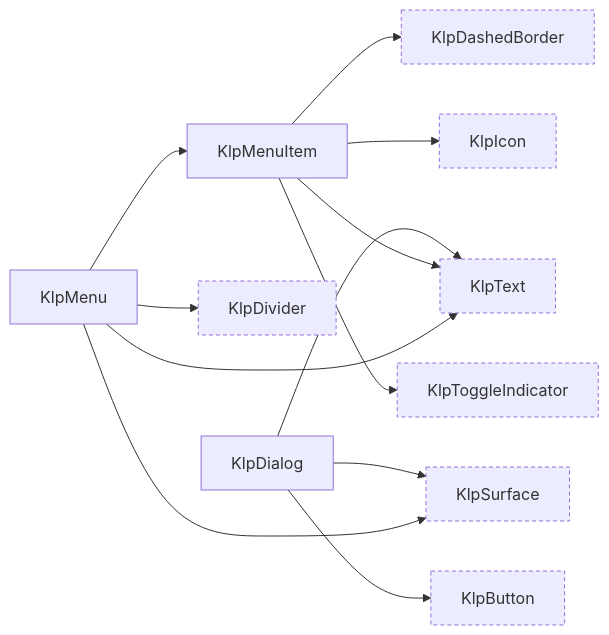
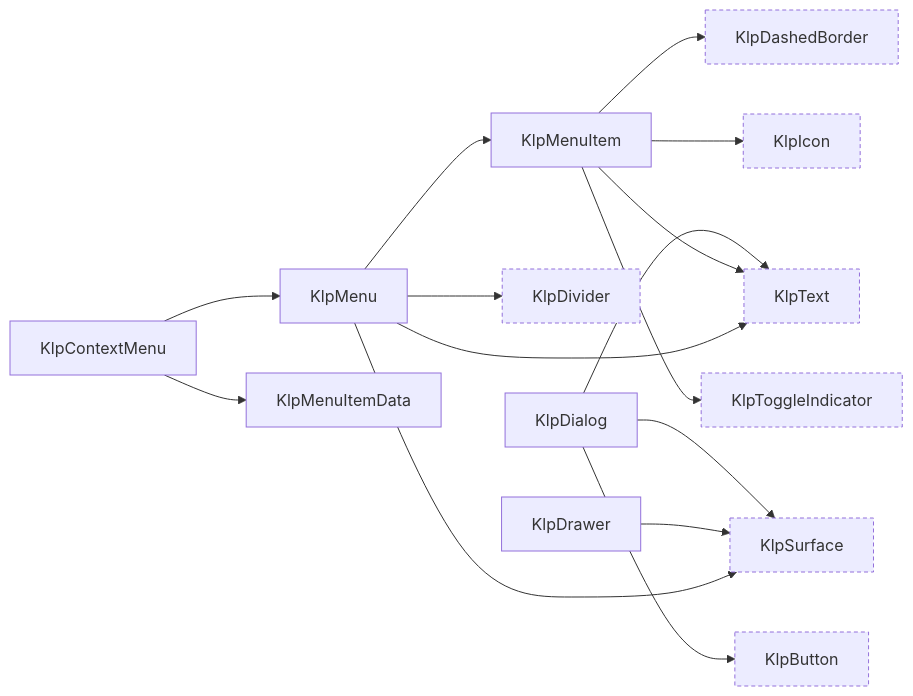
Before and after one commit to MiuDog/Kallopis: the eighth of 16 diagrams in spec/component-inventory.md, drawn with Mermaid. The commit also changed other lines of this file and 8 other files, not shown here.

First line of the commit message:
feat(overlay): add KlpDrawer and edge-slide sheet, KlpContextMenu

````diff
--- a/spec/component-inventory.md
+++ b/spec/component-inventory.md
@@ -371,25 +361,31 @@
 ```mermaid
 graph LR
   KlpButton["KlpButton"]:::external
+  KlpContextMenu["KlpContextMenu"]
   KlpDashedBorder["KlpDashedBorder"]:::external
   KlpDialog["KlpDialog"]
   KlpDivider["KlpDivider"]:::external
+  KlpDrawer["KlpDrawer"]
   KlpIcon["KlpIcon"]:::external
   KlpMenu["KlpMenu"]
   KlpMenuItem["KlpMenuItem"]
+  KlpMenuItemData["KlpMenuItemData"]
   KlpSurface["KlpSurface"]:::external
   KlpText["KlpText"]:::external
   KlpToggleIndicator["KlpToggleIndicator"]:::external
+  KlpContextMenu --> KlpMenu
+  KlpContextMenu --> KlpMenuItemData
   KlpDialog --> KlpButton
   KlpDialog --> KlpSurface
   KlpDialog --> KlpText
+  KlpDrawer --> KlpSurface
   KlpMenuItem --> KlpDashedBorder
   KlpMenuItem --> KlpIcon
   KlpMenuItem --> KlpText
   KlpMenuItem --> KlpToggleIndicator
   KlpMenu --> KlpDivider
   KlpMenu --> KlpMenuItem
   KlpMenu --> KlpSurface
   KlpMenu --> KlpText
   classDef external stroke-dasharray: 4 3;
 ```
````
